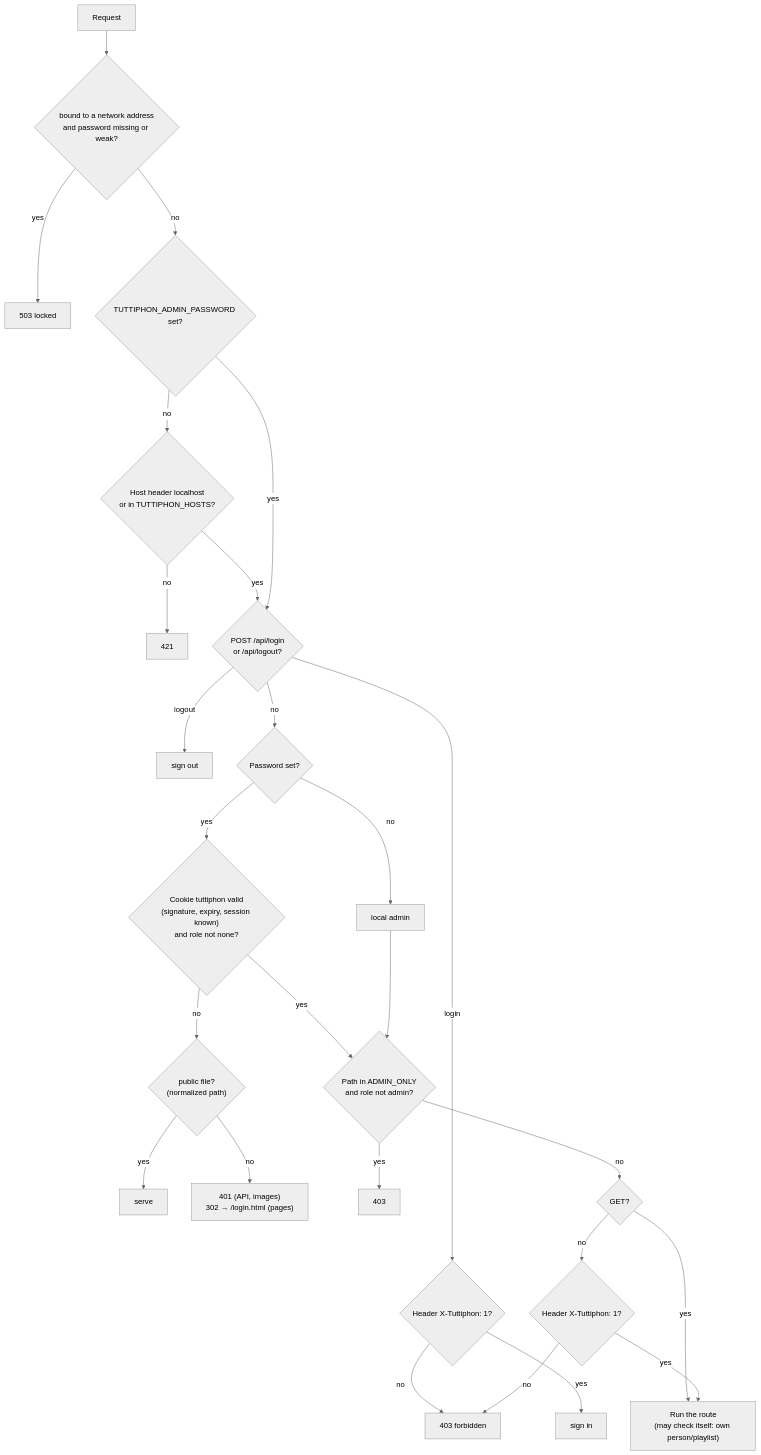
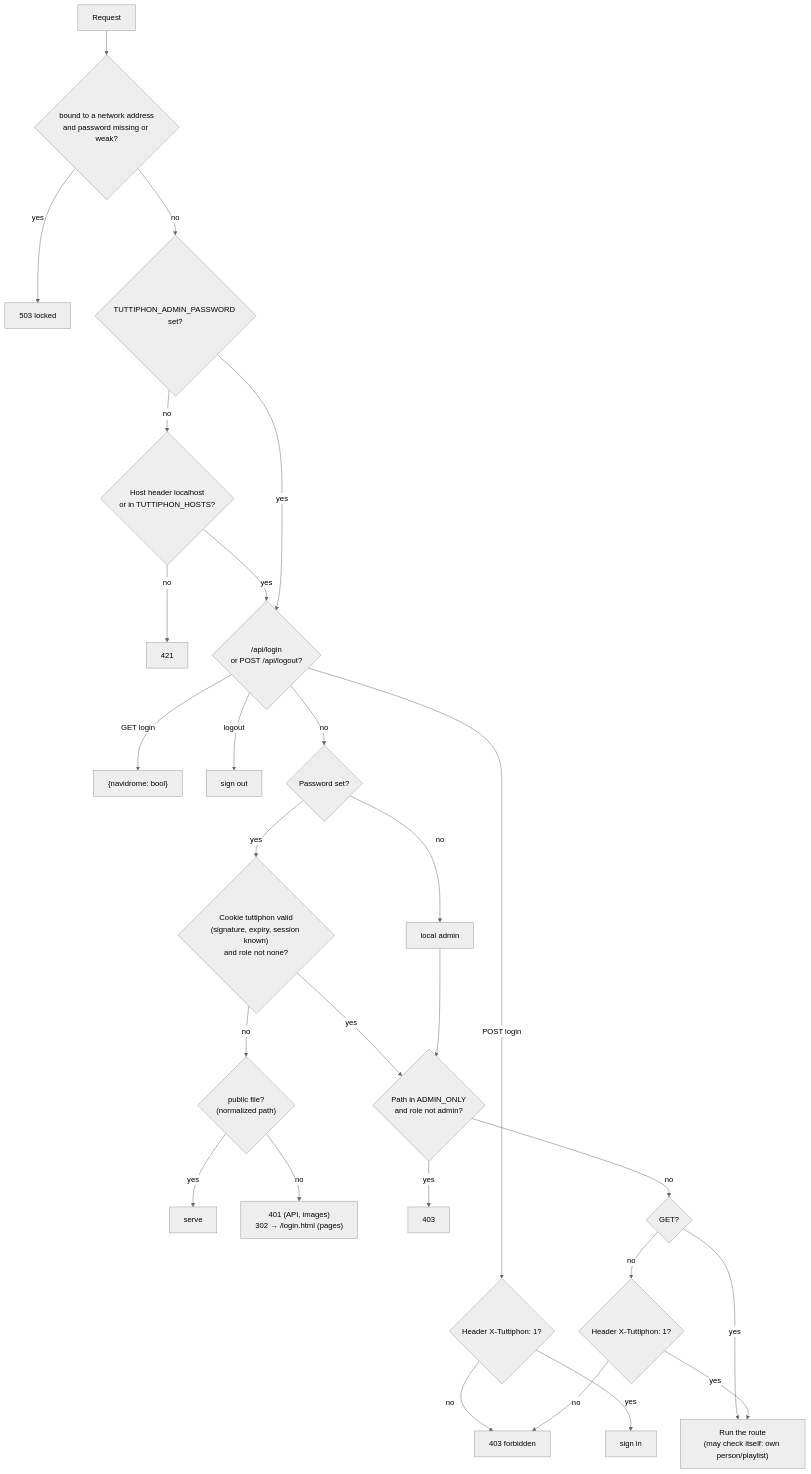
The diagram in docs/07-security.md (seluce/Tuttiphon), drawn with Mermaid (neutral theme) before and after one commit. The commit also changed other lines of this file and 18 other files, not shown here.

````diff
--- a/docs/07-security.md
+++ b/docs/07-security.md
@@ -31,28 +31,29 @@
 ```mermaid
 flowchart TD
     R["Request"] --> N{"bound to a network address<br/>and password missing or weak?"}
     N -- yes --> E503["503 locked"]
     N -- no --> P{"TUTTIPHON_ADMIN_PASSWORD set?"}
     P -- no --> H{"Host header localhost<br/>or in TUTTIPHON_HOSTS?"}
     H -- no --> E421["421"]
     H -- yes --> L
-    P -- yes --> L{"POST /api/login<br/>or /api/logout?"}
-    L -- login --> XL{"Header X-Tuttiphon: 1?"}
+    P -- yes --> L{"/api/login<br/>or POST /api/logout?"}
+    L -- "GET login" --> LI["{navidrome: bool}"]
+    L -- "POST login" --> XL{"Header X-Tuttiphon: 1?"}
     XL -- no --> F403
     XL -- yes --> LX["sign in"]
     L -- logout --> LO["sign out"]
     L -- no --> M{"Password set?"}
     M -- no --> LOC["local admin"]
     M -- yes --> T{"Cookie tuttiphon valid<br/>(signature, expiry, session known)<br/>and role not none?"}
     T -- no --> PUB{"public file?<br/>(normalized path)"}
     PUB -- yes --> ST["serve"]
     PUB -- no --> E401["401 (API, images)<br/>302 → /login.html (pages)"]
     T -- yes --> A
     LOC --> A{"Path in ADMIN_ONLY<br/>and role not admin?"}
     A -- yes --> E403["403"]
     A -- no --> G{"GET?"}
     G -- yes --> RUN["Run the route<br/>(may check itself: own person/playlist)"]
     G -- no --> X{"Header X-Tuttiphon: 1?"}
     X -- no --> F403["403 forbidden"]
     X -- yes --> RUN
 ```
````
